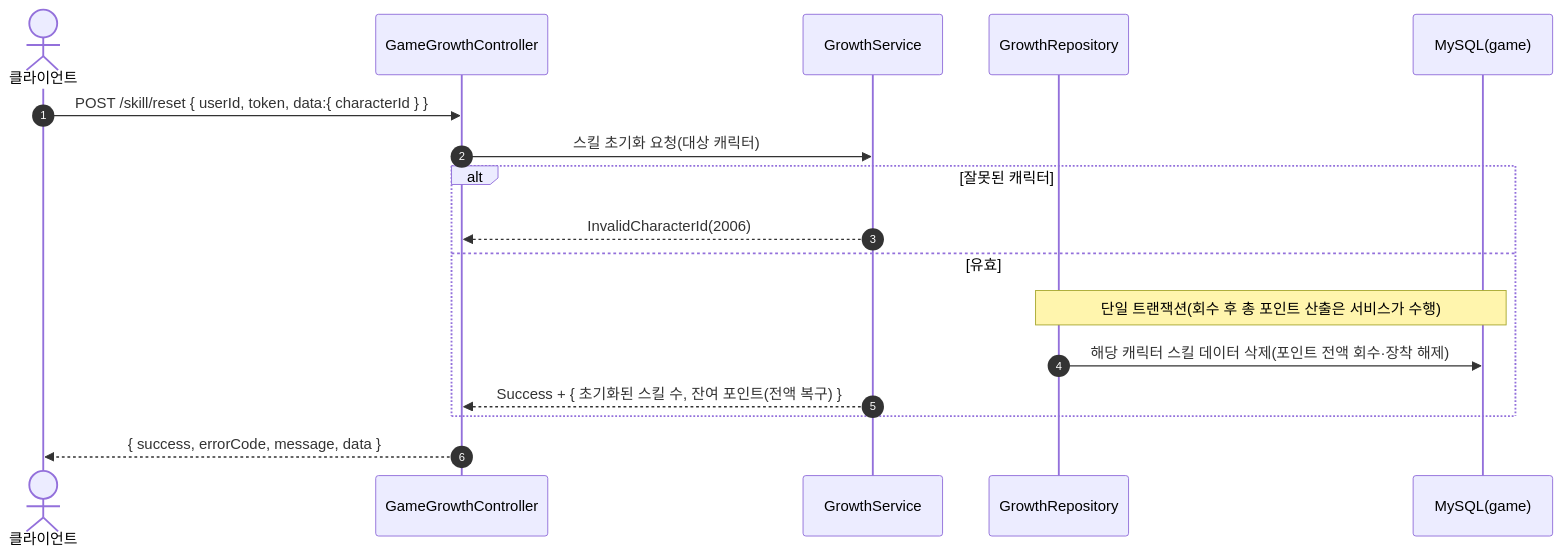
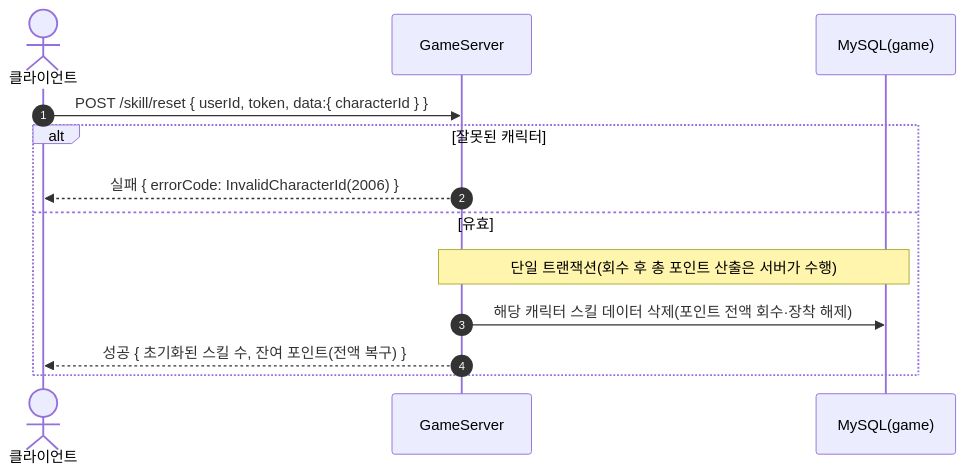
Before and after one commit to ks-wook/com2us-taskbar-hero: the second of 4 diagrams in SequenceDiagram/GameGrowthController.md, drawn with Mermaid. The commit also changed other lines of this file and 8 other files, not shown here.

Commit message:
시퀀스 다이어그램 수정

````diff
--- a/SequenceDiagram/GameGrowthController.md
+++ b/SequenceDiagram/GameGrowthController.md
@@ -42,20 +37,16 @@
 ```mermaid
 sequenceDiagram
     autonumber
     actor C as 클라이언트
-    participant Ctrl as GameGrowthController
-    participant Svc as GrowthService
-    participant Repo as GrowthRepository
+    participant S as GameServer
     participant DB as MySQL(game)
 
-    C->>Ctrl: POST /skill/reset { userId, token, data:{ characterId } }
-    Ctrl->>Svc: 스킬 초기화 요청(대상 캐릭터)
+    C->>S: POST /skill/reset { userId, token, data:{ characterId } }
     alt 잘못된 캐릭터
-        Svc-->>Ctrl: InvalidCharacterId(2006)
+        S-->>C: 실패 { errorCode: InvalidCharacterId(2006) }
     else 유효
-        Note over Repo,DB: 단일 트랜잭션(회수 후 총 포인트 산출은 서비스가 수행)
-        Repo->>DB: 해당 캐릭터 스킬 데이터 삭제(포인트 전액 회수·장착 해제)
-        Svc-->>Ctrl: Success + { 초기화된 스킬 수, 잔여 포인트(전액 복구) }
+        Note over S,DB: 단일 트랜잭션(회수 후 총 포인트 산출은 서버가 수행)
+        S->>DB: 해당 캐릭터 스킬 데이터 삭제(포인트 전액 회수·장착 해제)
+        S-->>C: 성공 { 초기화된 스킬 수, 잔여 포인트(전액 복구) }
     end
-    Ctrl-->>C: { success, errorCode, message, data }
 ```
````
